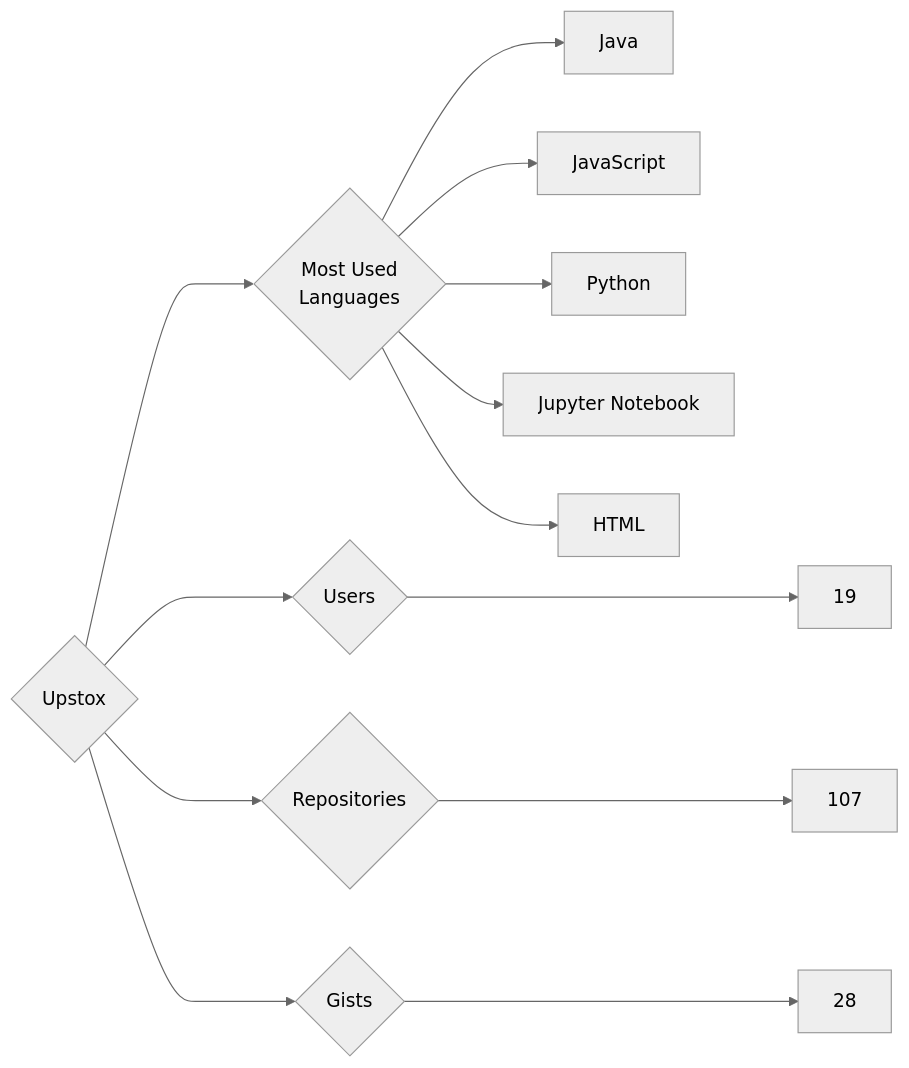
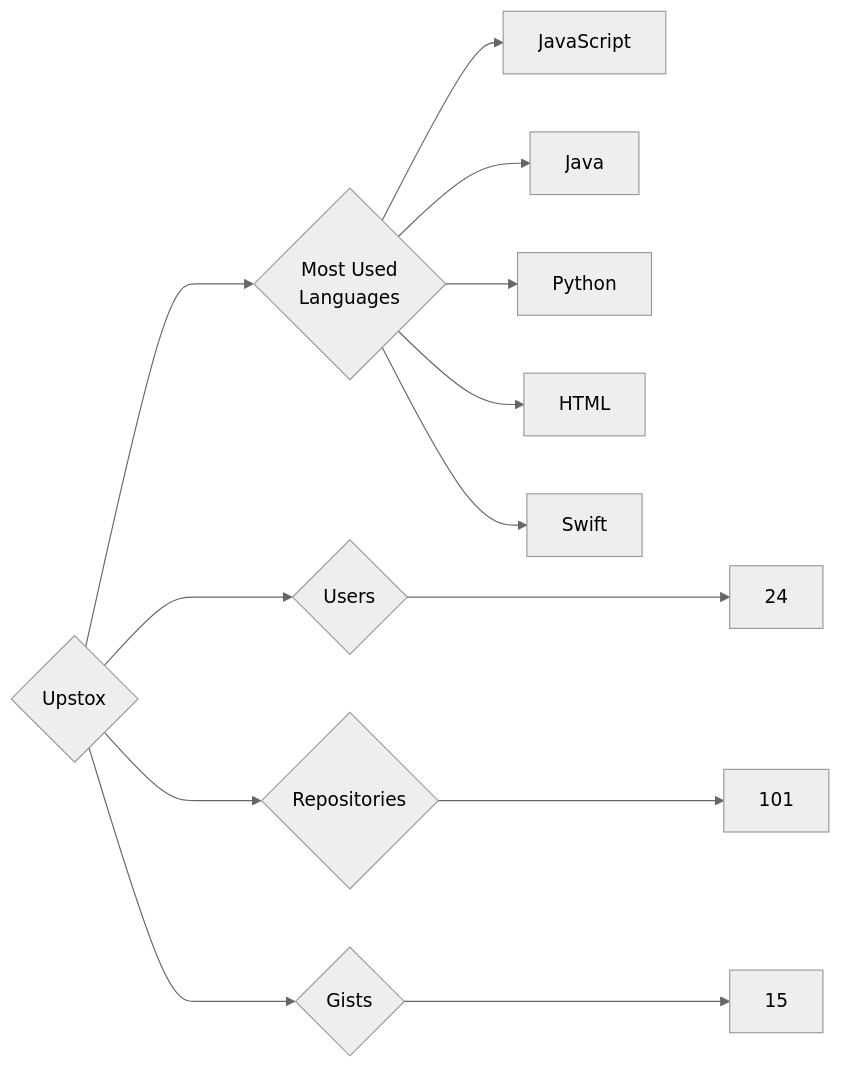
One commit to trickest/insiders changed the diagram in targets/Upstox/README.md. Above: the diagram before and after it, drawn with Mermaid (neutral theme). The commit also changed 695 other files, not shown here.

````diff
--- a/targets/Upstox/README.md
+++ b/targets/Upstox/README.md
@@ -3,13 +3,13 @@
 ```mermaid
 graph LR
 COMPANY_NAME{Upstox}
-COMPANY_NAME ---> U{Users} ---> UN[19]
-COMPANY_NAME ---> R{Repositories} ---> RN[107]
-COMPANY_NAME ---> G{Gists} ---> GN[28]
+COMPANY_NAME ---> U{Users} ---> UN[24]
+COMPANY_NAME ---> R{Repositories} ---> RN[101]
+COMPANY_NAME ---> G{Gists} ---> GN[15]
 COMPANY_NAME ---> ML{Most Used<br>Languages}
+ML --> JavaScript[JavaScript]
 ML --> Java[Java]
-ML --> JavaScript[JavaScript]
 ML --> Python[Python]
-ML --> Jupyter_Notebook[Jupyter Notebook]
 ML --> HTML[HTML]
+ML --> Swift[Swift]
 ```
````
